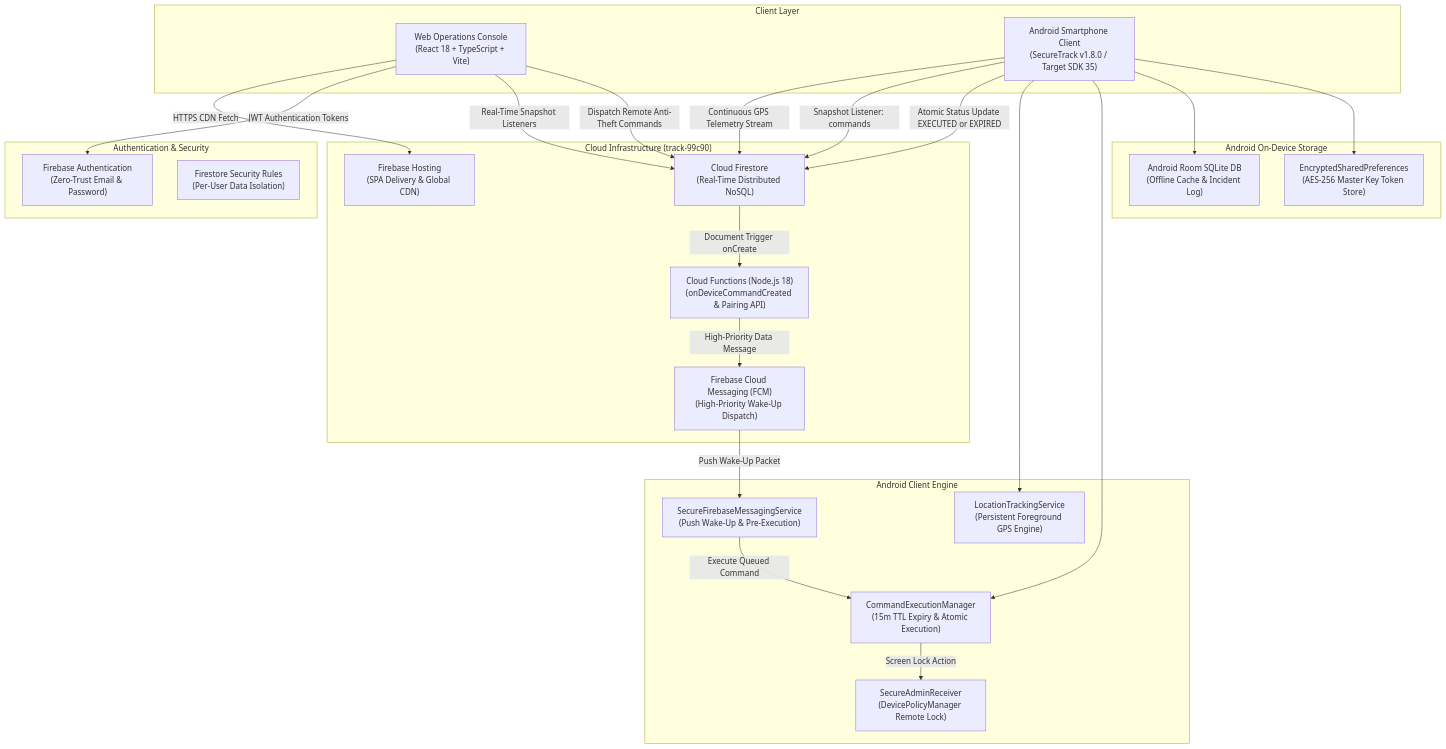
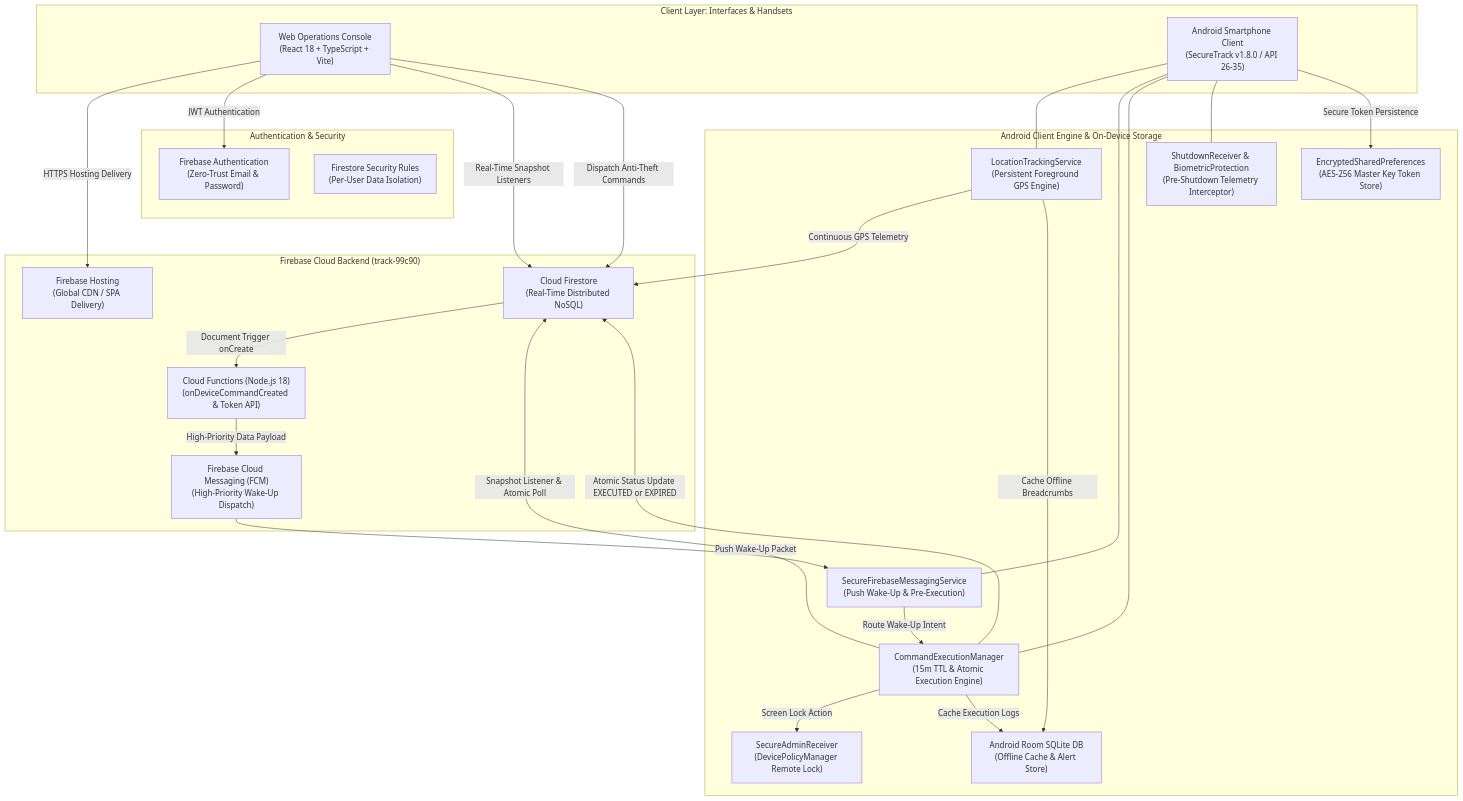
Before and after one commit to dhanushs602848/SecureTrack: the diagram in docs/SYSTEM_ARCHITECTURE.md, drawn with Mermaid. The commit also changed 2 other files, not shown here.

Commit message:
docs: modernize and standardize system architecture flowchart across documentation

````diff
--- a/docs/SYSTEM_ARCHITECTURE.md
+++ b/docs/SYSTEM_ARCHITECTURE.md
@@ -6,51 +6,56 @@
 ```mermaid
-graph TD
-    subgraph ClientLayer ["Client Layer"]
+flowchart TD
+    subgraph ClientLayer ["Client Layer: Interfaces & Handsets"]
         Browser["Web Operations Console<br/>(React 18 + TypeScript + Vite)"]
-        Phone["Android Smartphone Client<br/>(SecureTrack v1.8.0 / Target SDK 35)"]
+        Phone["Android Smartphone Client<br/>(SecureTrack v1.8.0 / API 26-35)"]
     end
 
     subgraph SecurityAuth ["Authentication & Security"]
         Auth["Firebase Authentication<br/>(Zero-Trust Email & Password)"]
         SecurityRules["Firestore Security Rules<br/>(Per-User Data Isolation)"]
     end
 
-    subgraph CloudLayer ["Cloud Infrastructure (track-99c90)"]
-        Hosting["Firebase Hosting<br/>(SPA Delivery & Global CDN)"]
+    subgraph CloudLayer ["Firebase Cloud Backend (track-99c90)"]
+        Hosting["Firebase Hosting<br/>(Global CDN / SPA Delivery)"]
         Firestore["Cloud Firestore<br/>(Real-Time Distributed NoSQL)"]
-        Functions["Cloud Functions (Node.js 18)<br/>(onDeviceCommandCreated & Pairing API)"]
+        CloudFunctions["Cloud Functions (Node.js 18)<br/>(onDeviceCommandCreated & Token API)"]
         FCM["Firebase Cloud Messaging (FCM)<br/>(High-Priority Wake-Up Dispatch)"]
     end
 
-    subgraph LocalPersistence ["Android On-Device Storage"]
-        RoomDB["Android Room SQLite DB<br/>(Offline Cache & Incident Log)"]
+    subgraph AndroidInternal ["Android Client Engine & On-Device Storage"]
+        ForegroundService["LocationTrackingService<br/>(Persistent Foreground GPS Engine)"]
+        FCMService["SecureFirebaseMessagingService<br/>(Push Wake-Up & Pre-Execution)"]
+        CommandManager["CommandExecutionManager<br/>(15m TTL & Atomic Execution Engine)"]
+        AdminReceiver["SecureAdminReceiver<br/>(DevicePolicyManager Remote Lock)"]
+        ShutdownReceiver["ShutdownReceiver & BiometricProtection<br/>(Pre-Shutdown Telemetry Interceptor)"]
+        RoomDB["Android Room SQLite DB<br/>(Offline Cache & Alert Store)"]
         EncryptedPrefs["EncryptedSharedPreferences<br/>(AES-256 Master Key Token Store)"]
     end
 
-    subgraph AndroidInternal ["Android Client Engine"]
-        ForegroundService["LocationTrackingService<br/>(Persistent Foreground GPS Engine)"]
-        FCMService["SecureFirebaseMessagingService<br/>(Push Wake-Up & Pre-Execution)"]
-        CommandManager["CommandExecutionManager<br/>(15m TTL Expiry & Atomic Execution)"]
-        AdminReceiver["SecureAdminReceiver<br/>(DevicePolicyManager Remote Lock)"]
-    end
+    %% Web Console Connections
+    Browser -->|HTTPS Hosting Delivery| Hosting
+    Browser -->|JWT Authentication| Auth
+    Browser -->|Real-Time Snapshot Listeners| Firestore
+    Browser -->|Dispatch Anti-Theft Commands| Firestore
 
-    Browser -->|HTTPS CDN Fetch| Hosting
-    Browser -->|JWT Authentication Tokens| Auth
-    Browser -->|Real-Time Snapshot Listeners| Firestore
-    Browser -->|Dispatch Remote Anti-Theft Commands| Firestore
+    %% Cloud Serverless Trigger Pipeline
+    Firestore -->|Document Trigger onCreate| CloudFunctions
+    CloudFunctions -->|High-Priority Data Payload| FCM
+    FCM -->|Push Wake-Up Packet| FCMService
 
-    Firestore -->|Document Trigger onCreate| Functions
-    Functions -->|High-Priority Data Message| FCM
-    FCM -->|Push Wake-Up Packet| FCMService
-    FCMService -->|Execute Queued Command| CommandManager
+    %% Android Internal Processing & Telemetry
+    FCMService -->|Route Wake-Up Intent| CommandManager
+    ForegroundService -->|Continuous GPS Telemetry| Firestore
+    CommandManager -->|Snapshot Listener & Atomic Poll| Firestore
+    CommandManager -->|Atomic Status Update EXECUTED or EXPIRED| Firestore
+    CommandManager -->|Screen Lock Action| AdminReceiver
 
-    Phone -->|Continuous GPS Telemetry Stream| Firestore
-    Phone -->|Snapshot Listener: commands| Firestore
-    Phone -->|Atomic Status Update EXECUTED or EXPIRED| Firestore
-
-    Phone --> ForegroundService
-    Phone --> CommandManager
-    CommandManager -->|Screen Lock Action| AdminReceiver
-    Phone --> RoomDB
-    Phone --> EncryptedPrefs
+    %% Android Device & Local Persistence
+    Phone --- ForegroundService
+    Phone --- FCMService
+    Phone --- CommandManager
+    Phone --- ShutdownReceiver
+    ForegroundService -->|Cache Offline Breadcrumbs| RoomDB
+    CommandManager -->|Cache Execution Logs| RoomDB
+    Phone -->|Secure Token Persistence| EncryptedPrefs
 ```
````
